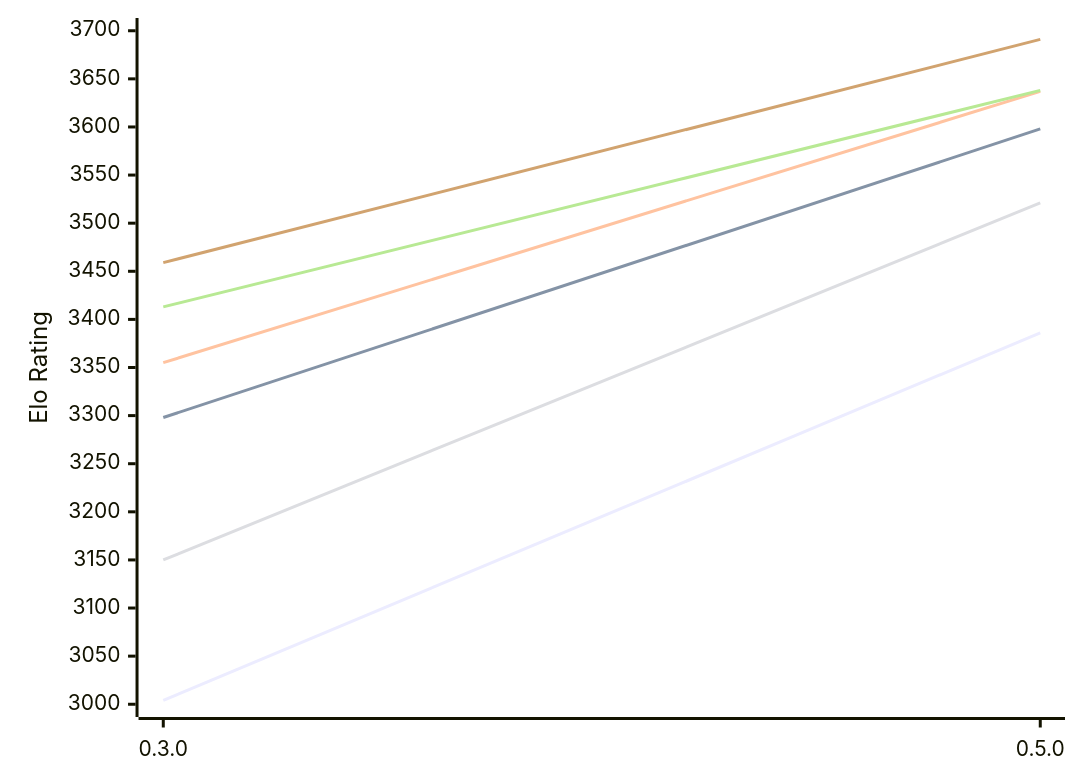
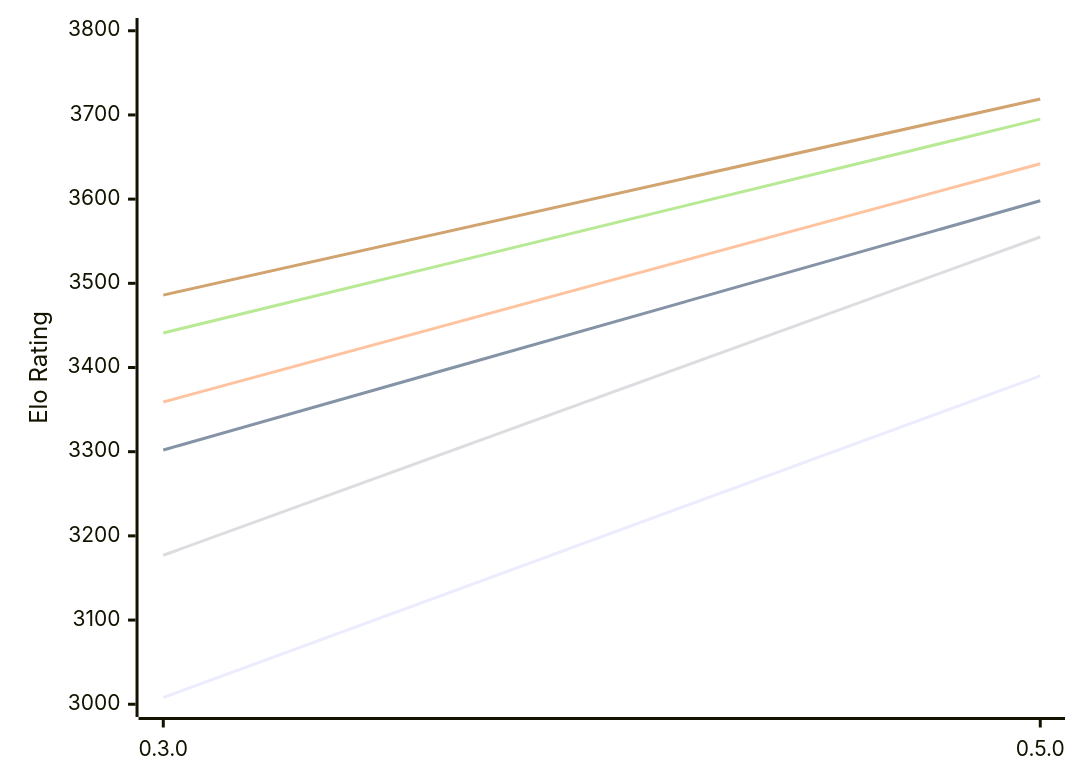
Before and after one commit to computer-chess-index/cci: the first of 2 diagrams in engines/Justbot.md, drawn with Mermaid. The commit also changed other lines of this file, not shown here.

Commit message:
Update CCI Ratings (ELO VLTC) - 2026-10-21

````diff
--- a/engines/Justbot.md
+++ b/engines/Justbot.md
@@ -53,12 +53,12 @@
 ```mermaid
 %%{init: {"theme":"base","themeVariables":{"seriesColors:['#a3a3a3','#222221','#faa371']}}}%%
 xychart-beta
   x-axis ["0.3.0", "0.5.0"]
-  y-axis "Elo Rating" 3000 --> 3700
-  line "E1: STC (8.0+0.08s)" [3004, 3386]
-  line "E1: LTC (60.0+0.60s)" [3298, 3598]
-  line "E1: VLTC (2m24s+1.12s)" [3355, 3637]
-  line "P1: STC (8.0+0.08s)" [3150, 3521]
-  line "P1: LTC (60.0+0.60s)" [3413, 3638]
-  line "P1: VLTC (2m24s+1.12s)" [3459, 3691]
+  y-axis "Elo Rating" 3000 --> 3800
+  line "E1: STC (8.0+0.08s)" [3008, 3390]
+  line "E1: LTC (60.0+0.60s)" [3302, 3598]
+  line "E1: VLTC (2m24s+1.12s)" [3359, 3642]
+  line "P1: STC (8.0+0.08s)" [3177, 3555]
+  line "P1: LTC (60.0+0.60s)" [3441, 3695]
+  line "P1: VLTC (2m24s+1.12s)" [3486, 3719]
 ```
````
